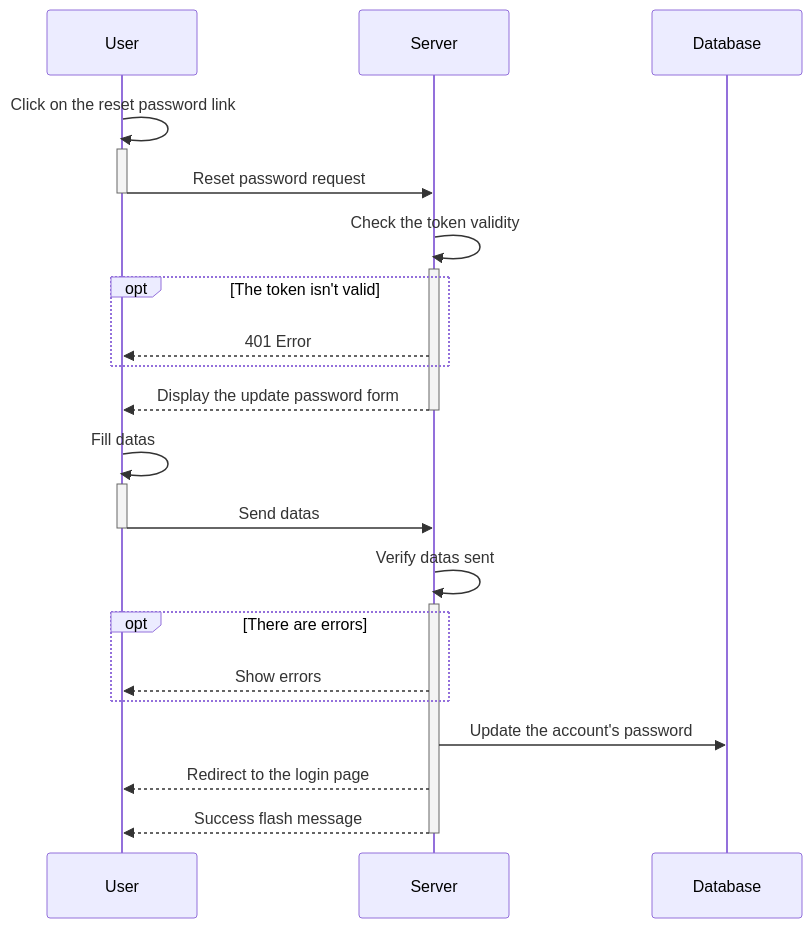
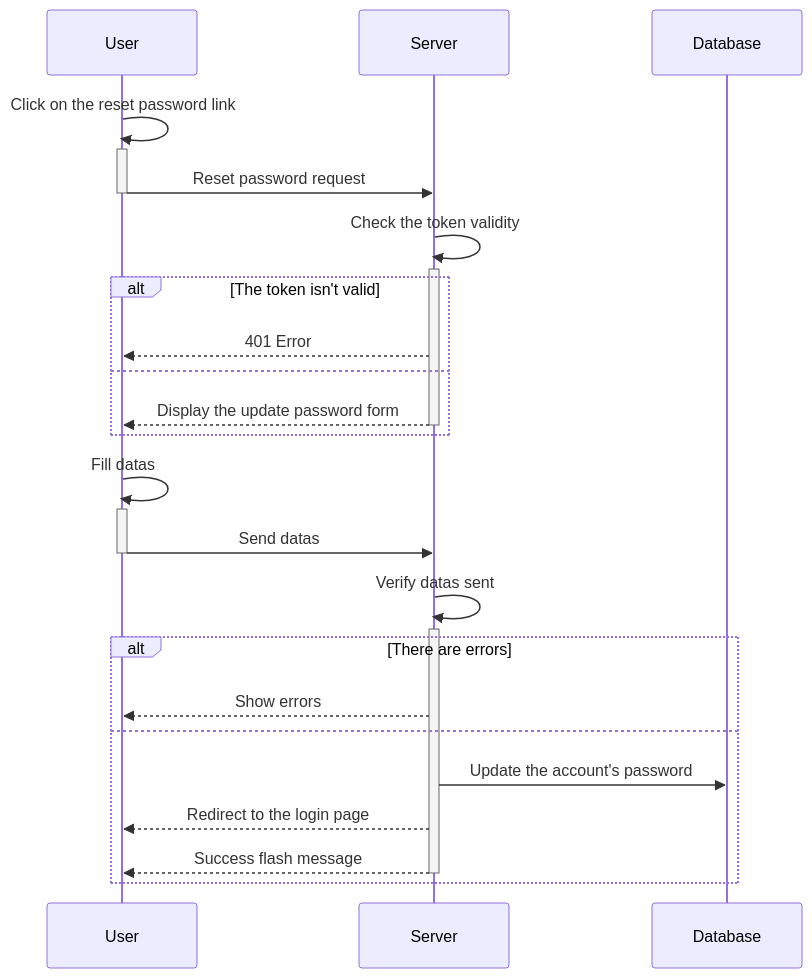
The diagram in docs/sequence/authentication/reset_password.md (acecconato/AnthonyCecconato_6_01102022), drawn with Mermaid before and after one commit. The commit also changed 15 other files, not shown here.

Commit message:
Update diagrams

````diff
--- a/docs/sequence/authentication/reset_password.md
+++ b/docs/sequence/authentication/reset_password.md
@@ -1,26 +1,27 @@
 ```mermaid
 sequenceDiagram
     User ->>+ User: Click on the reset password link
     User ->>- Server: Reset password request
 
     Server ->>+ Server: Check the token validity
 
-    opt The token isn't valid
+    alt The token isn't valid
         Server -->> User: 401 Error 
+    else
+        Server -->>- User: Display the update password form
     end
 
-    Server -->>- User: Display the update password form
     User ->>+ User: Fill datas
     User ->>- Server: Send datas
 
     Server ->>+ Server: Verify datas sent
 
-    opt There are errors
+    alt There are errors
         Server -->> User: Show errors
+    else
+        Server ->> Database: Update the account's password
+    
+        Server -->> User: Redirect to the login page
+        Server -->>- User: Success flash message
     end
-
-    Server ->> Database: Update the account's password
-
-    Server -->> User: Redirect to the login page
-    Server -->>- User: Success flash message
 ```
````
